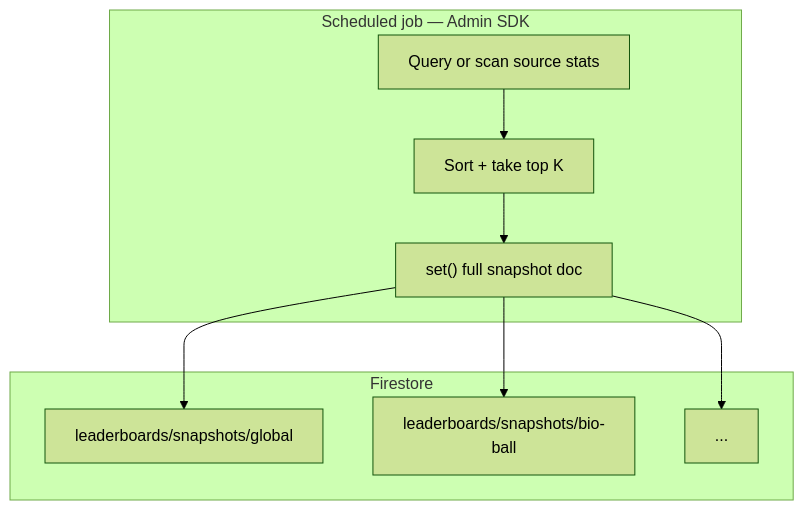
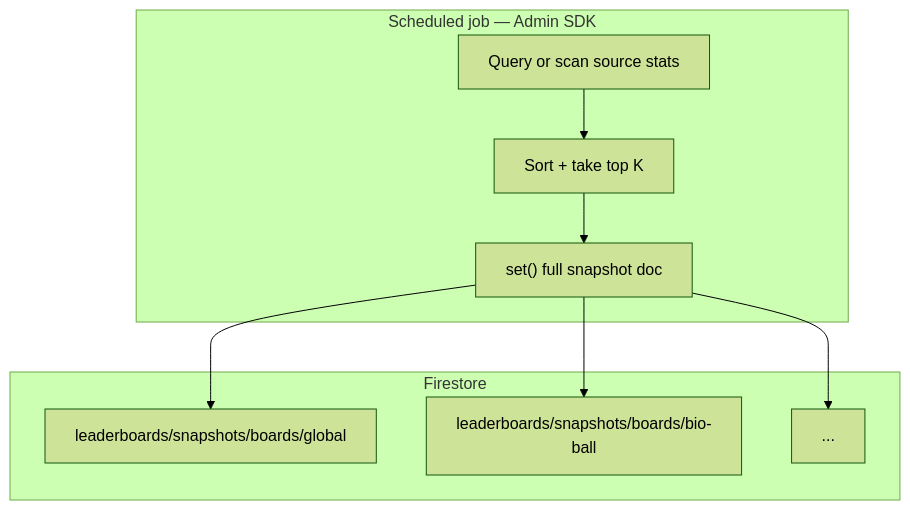
One commit to nbrinson2/roster-riddles changed the diagram in docs/leaderboards-schema-precomputed.md. Above: the diagram before and after it, drawn with Mermaid (forest theme). The commit also changed other lines of this file and 15 other files, not shown here.

````diff
--- a/docs/leaderboards-schema-precomputed.md
+++ b/docs/leaderboards-schema-precomputed.md
@@ -32,16 +32,16 @@
 ```mermaid
 flowchart TB
   subgraph job [Scheduled job — Admin SDK]
     Q[Query or scan source stats]
     S[Sort + take top K]
     W["set() full snapshot doc"]
   end
   subgraph fs [Firestore]
-    D1["leaderboards/snapshots/global"]
-    D2["leaderboards/snapshots/bio-ball"]
+    D1["leaderboards/snapshots/boards/global"]
+    D2["leaderboards/snapshots/boards/bio-ball"]
     D3["..."]
   end
   Q --> S --> W --> D1
   W --> D2
   W --> D3
 ```
````
